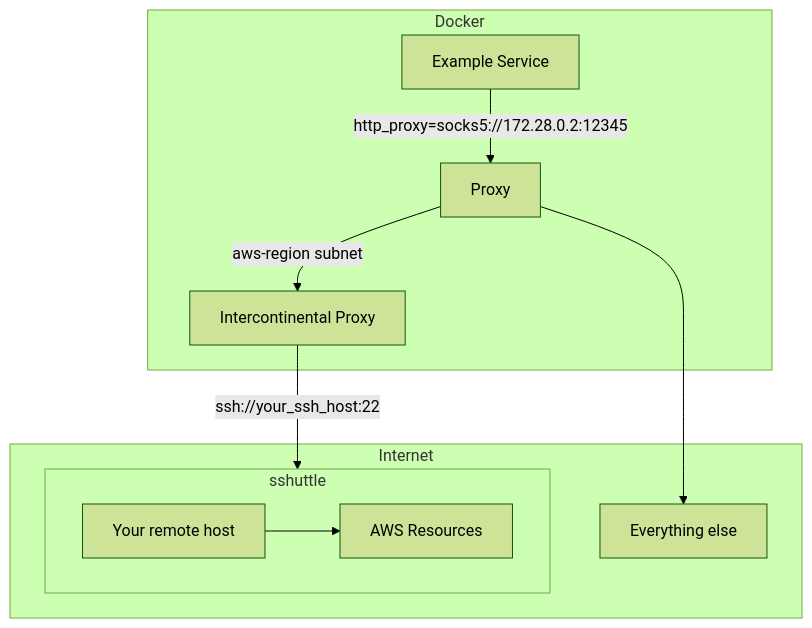
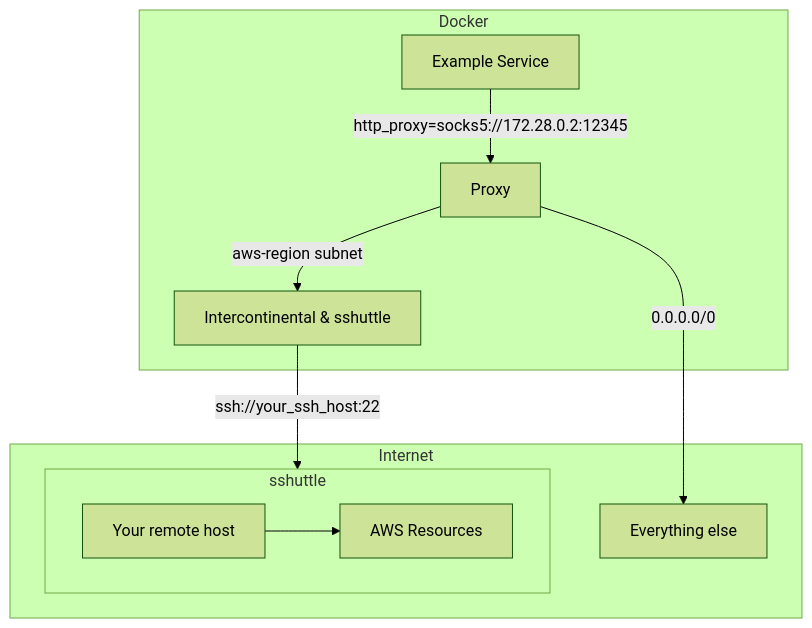
One commit to alexandernicholson/intercontinental changed the diagram in README.md. Above: the diagram before and after it, drawn with Mermaid (forest theme). The commit also changed other lines of this file, not shown here.

````diff
--- a/README.md
+++ b/README.md
@@ -58,13 +58,13 @@
 ```mermaid
 flowchart
     subgraph Docker[Docker]
-        A[Example Service] -->|"http_proxy=socks5://172.28.0.2:12345"| F[Proxy] -->|"aws-region subnet"| B[Intercontinental Proxy]
+        A[Example Service] -->|"http_proxy=socks5://172.28.0.2:12345"| F[Proxy] -->|"aws-region subnet"| B[Intercontinental & sshuttle]
     end
     subgraph Internet[Internet]
         subgraph sshuttle[sshuttle]
         direction LR
             B -->|"ssh://your_ssh_host:22"| C[Your remote host] --> D[AWS Resources]
         end
-        F --> E["Everything else"]
+        F -->|"0.0.0.0/0"| E["Everything else"]
     end
 ```
````
